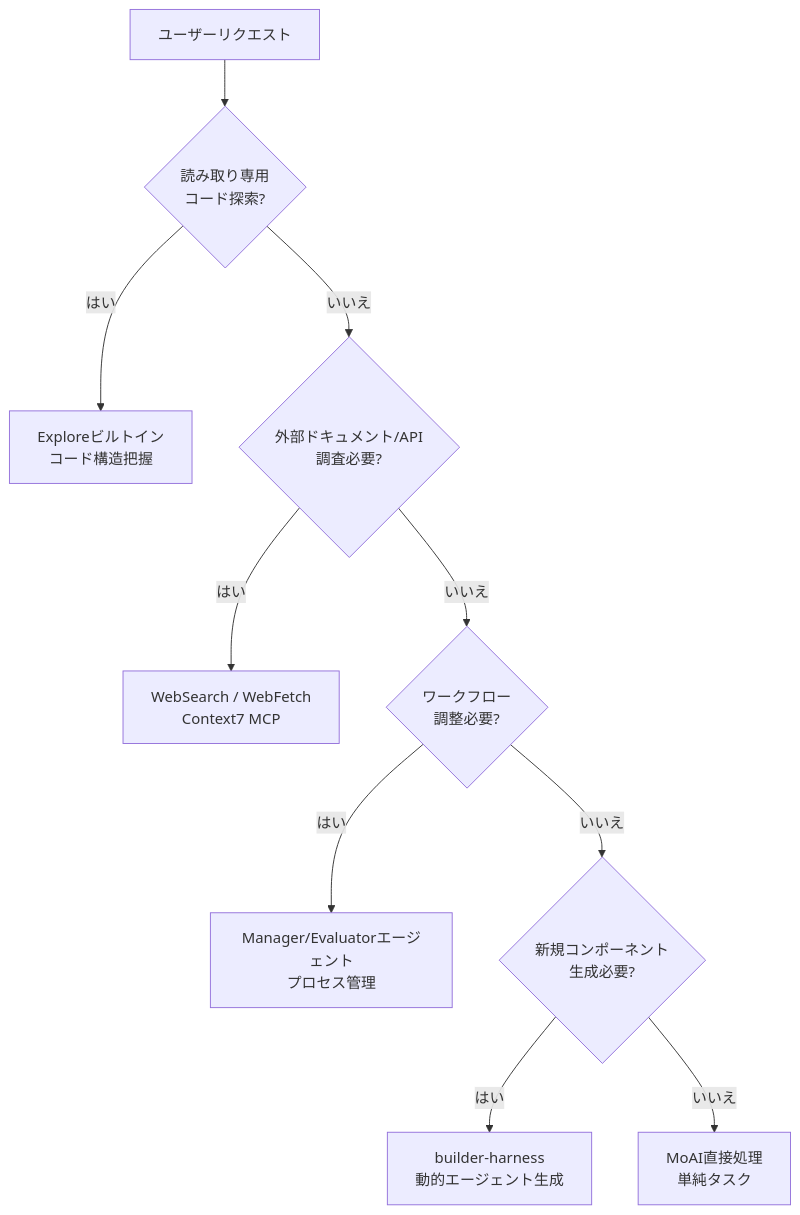
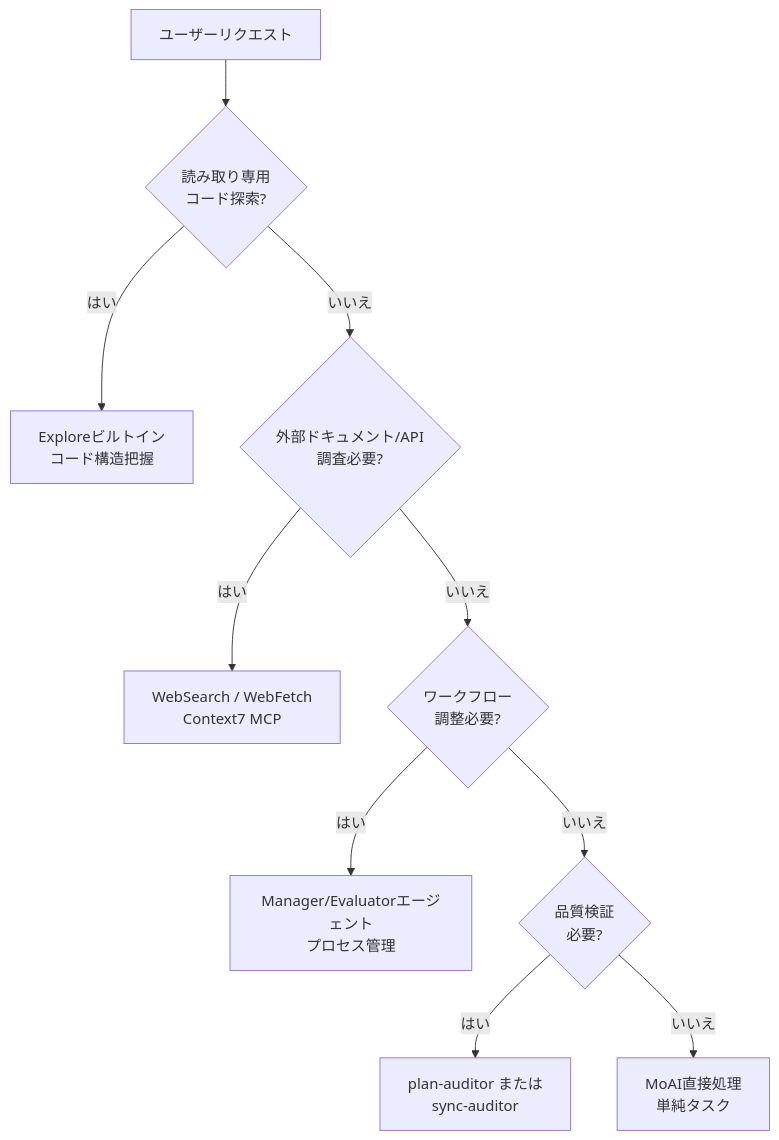
The diagram in docs-site/content/ja/advanced/agent-guide.md (modu-ai/moai-adk), drawn with Mermaid before and after one commit. The commit also changed other lines of this file and 4 other files, not shown here.

````diff
--- a/docs-site/content/ja/advanced/agent-guide.md
+++ b/docs-site/content/ja/advanced/agent-guide.md
@@ -144,16 +78,16 @@
 ```mermaid
 flowchart TD
-    START[ユーザーリクエスト] --> Q1{読み取り専用<br/>コード探索?}
+    START[ユーザーリクエスト] --> Q1{読み取り専用<br>コード探索?}
 
-    Q1 -->|はい| EXPLORE["Exploreビルトイン<br/>コード構造把握"]
-    Q1 -->|いいえ| Q2{外部ドキュメント/API<br/>調査必要?}
+    Q1 -->|はい| EXPLORE["Exploreビルトイン<br>コード構造把握"]
+    Q1 -->|いいえ| Q2{外部ドキュメント/API<br>調査必要?}
 
-    Q2 -->|はい| WEB["WebSearch / WebFetch<br/>Context7 MCP"]
-    Q2 -->|いいえ| Q3{ワークフロー<br/>調整必要?}
+    Q2 -->|はい| WEB["WebSearch / WebFetch<br>Context7 MCP"]
+    Q2 -->|いいえ| Q3{ワークフロー<br>調整必要?}
 
-    Q3 -->|はい| MANAGER["Manager/Evaluatorエージェント<br/>プロセス管理"]
-    Q3 -->|いいえ| Q4{新規コンポーネント<br/>生成必要?}
+    Q3 -->|はい| MANAGER["Manager/Evaluatorエージェント<br>プロセス管理"]
+    Q3 -->|いいえ| Q4{品質検証<br>必要?}
 
-    Q4 -->|はい| BUILDER["builder-harness<br/>動的エージェント生成"]
-    Q4 -->|いいえ| DIRECT["MoAI直接処理<br/>単純タスク"]
+    Q4 -->|はい| EVAL["plan-auditor または<br>sync-auditor"]
+    Q4 -->|いいえ| DIRECT["MoAI直接処理<br>単純タスク"]
 ```
````
